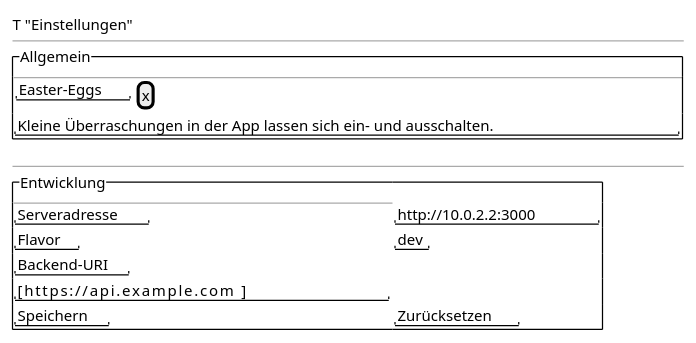
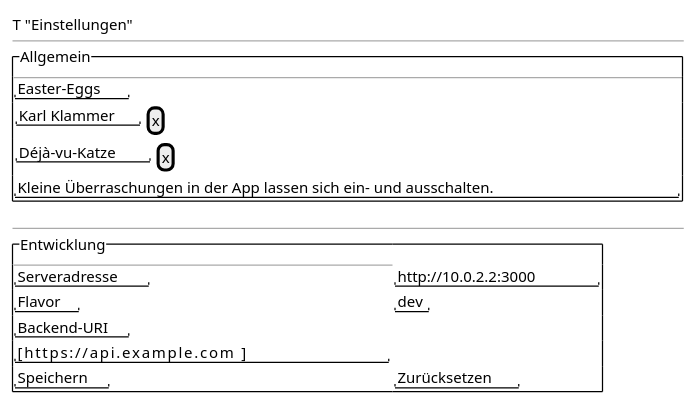
The diagram in docs/design/screens/settings.md (tradem/breakdown-rs), drawn with PlantUML before and after one commit. The commit also changed other lines of this file and 32 other files, not shown here.

````diff
--- a/docs/design/screens/settings.md
+++ b/docs/design/screens/settings.md
@@ -31,22 +32,24 @@
 ```plantuml
 @startsalt
 {
   T "Einstellungen"
   --
   {^ "Allgemein"
     --
-    { "Easter-Eggs" | [x] }
+    "Easter-Eggs"
+    { "Karl Klammer" | [x] }
+    { "Déjà-vu-Katze" | [x] }
     "Kleine Überraschungen in der App lassen sich ein- und ausschalten."
   }
   --
   {^ "Entwicklung"
     --
     "Serveradresse" | "http://10.0.2.2:3000"
     "Flavor" | "dev"
     "Backend-URI"
     "[https://api.example.com            ]"
     "Speichern" | "Zurücksetzen"
   }
 }
 @endsalt
 ```
````
